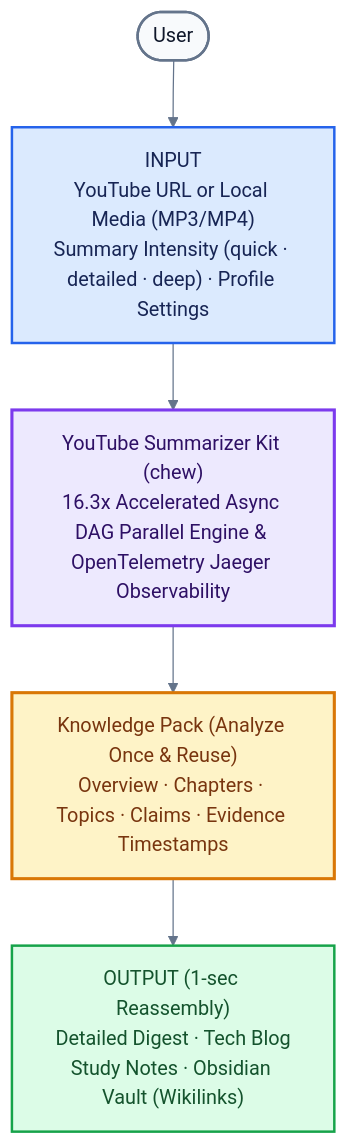
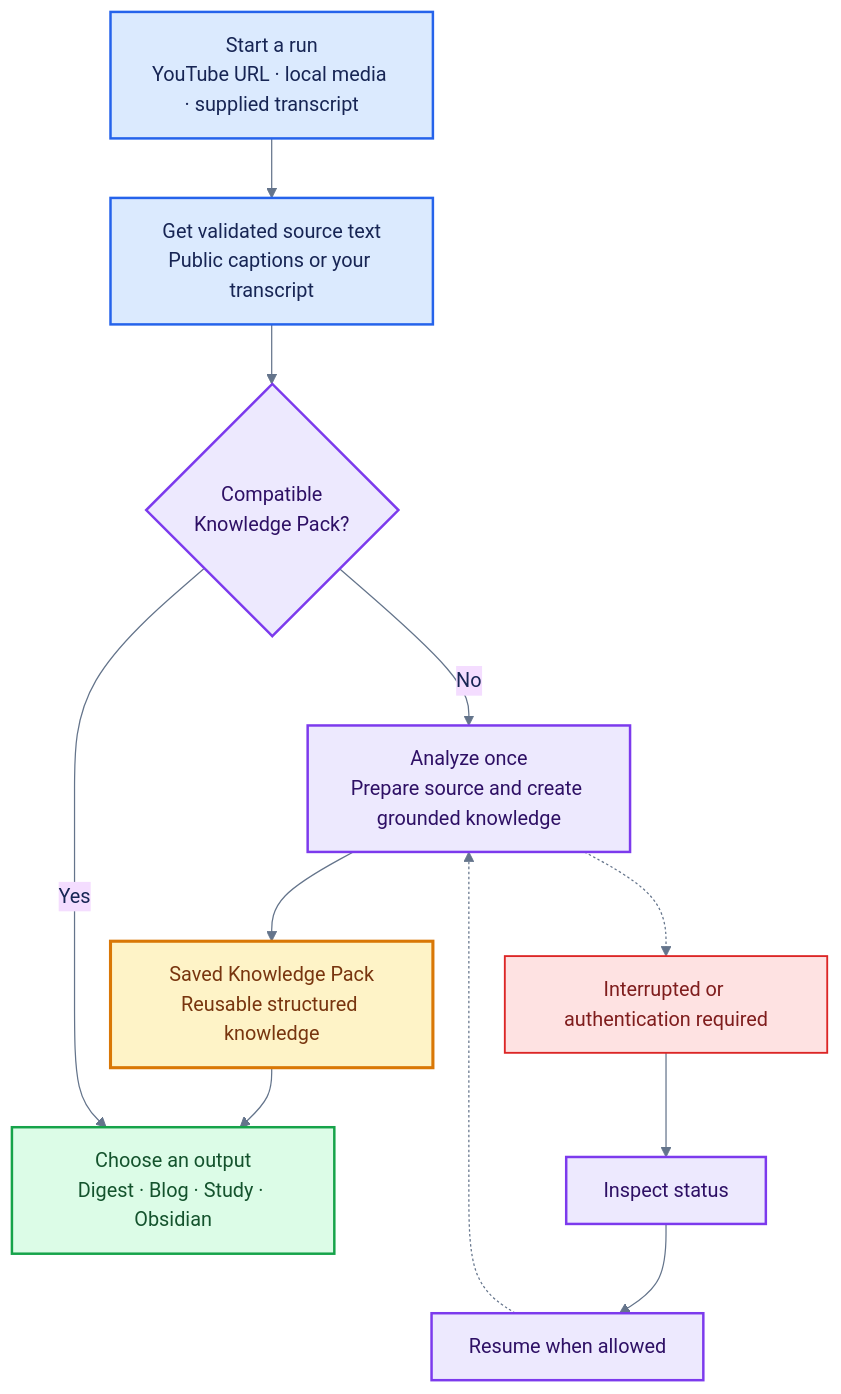
One commit to SHcommit/youtube-summerizer-kit changed the diagram in assets/architecture/en/user-flow.mmd. Above: the diagram before and after it, drawn with Mermaid. The commit also changed 3 other files, not shown here.

Commit message:
docs: refresh architecture user flows

```diff
--- a/assets/architecture/en/user-flow.mmd
+++ b/assets/architecture/en/user-flow.mmd
@@ -1,20 +1,27 @@
-%%{init: {"theme":"base","themeVariables":{"fontFamily":"Arial, sans-serif","primaryTextColor":"#172554","lineColor":"#64748b"},"flowchart":{"curve":"basis","nodeSpacing":44,"rankSpacing":54}}}%%
+%%{init: {"theme":"base","themeVariables":{"fontFamily":"Arial, sans-serif","primaryTextColor":"#172554","lineColor":"#64748b","clusterBkg":"#ffffff","clusterBorder":"#cbd5e1"},"flowchart":{"curve":"basis","nodeSpacing":38,"rankSpacing":48}}}%%
 flowchart TB
-    USER([User])
-    INPUT["INPUT<br/>YouTube URL or Local Media (MP3/MP4)<br/>Summary Intensity (quick · detailed · deep) · Profile Settings"]
-    KIT["YouTube Summarizer Kit (chew)<br/>16.3x Accelerated Async DAG Parallel Engine & OpenTelemetry Jaeger Observability"]
-    PACK["Knowledge Pack (Analyze Once & Reuse)<br/>Overview · Chapters · Topics · Claims · Evidence Timestamps"]
-    OUTPUT["OUTPUT (1-sec Reassembly)<br/>Detailed Digest · Tech Blog<br/>Study Notes · Obsidian Vault (Wikilinks)"]
+    INPUT["Start a run<br/>YouTube URL · local media · supplied transcript"]
+    SOURCE["Get validated source text<br/>Public captions or your transcript"]
+    REUSE{"Compatible<br/>Knowledge Pack?"}
+    ANALYZE["Analyze once<br/>Prepare source and create grounded knowledge"]
+    PACK["Saved Knowledge Pack<br/>Reusable structured knowledge"]
+    OUTPUT["Choose an output<br/>Digest · Blog · Study · Obsidian"]
+    ISSUE["Interrupted or authentication required"]
+    STATUS["Inspect status"]
+    RESUME["Resume when allowed"]
 
-    USER --> INPUT --> KIT --> PACK --> OUTPUT
+    INPUT --> SOURCE --> REUSE
+    REUSE -->|No| ANALYZE --> PACK --> OUTPUT
+    REUSE -->|Yes| OUTPUT
+    ANALYZE -.-> ISSUE --> STATUS --> RESUME -.-> ANALYZE
 
-    classDef actor fill:#f8fafc,stroke:#64748b,stroke-width:2px,color:#0f172a;
     classDef input fill:#dbeafe,stroke:#2563eb,stroke-width:2px,color:#172554;
-    classDef core fill:#ede9fe,stroke:#7c3aed,stroke-width:2.5px,color:#2e1065;
+    classDef process fill:#ede9fe,stroke:#7c3aed,stroke-width:2px,color:#2e1065;
     classDef knowledge fill:#fef3c7,stroke:#d97706,stroke-width:2.5px,color:#78350f;
     classDef output fill:#dcfce7,stroke:#16a34a,stroke-width:2px,color:#14532d;
-    class USER actor;
-    class INPUT input;
-    class KIT core;
+    classDef recovery fill:#fee2e2,stroke:#dc2626,stroke-width:1.5px,color:#7f1d1d;
+    class INPUT,SOURCE input;
+    class REUSE,ANALYZE,STATUS,RESUME process;
     class PACK knowledge;
     class OUTPUT output;
+    class ISSUE recovery;
```
